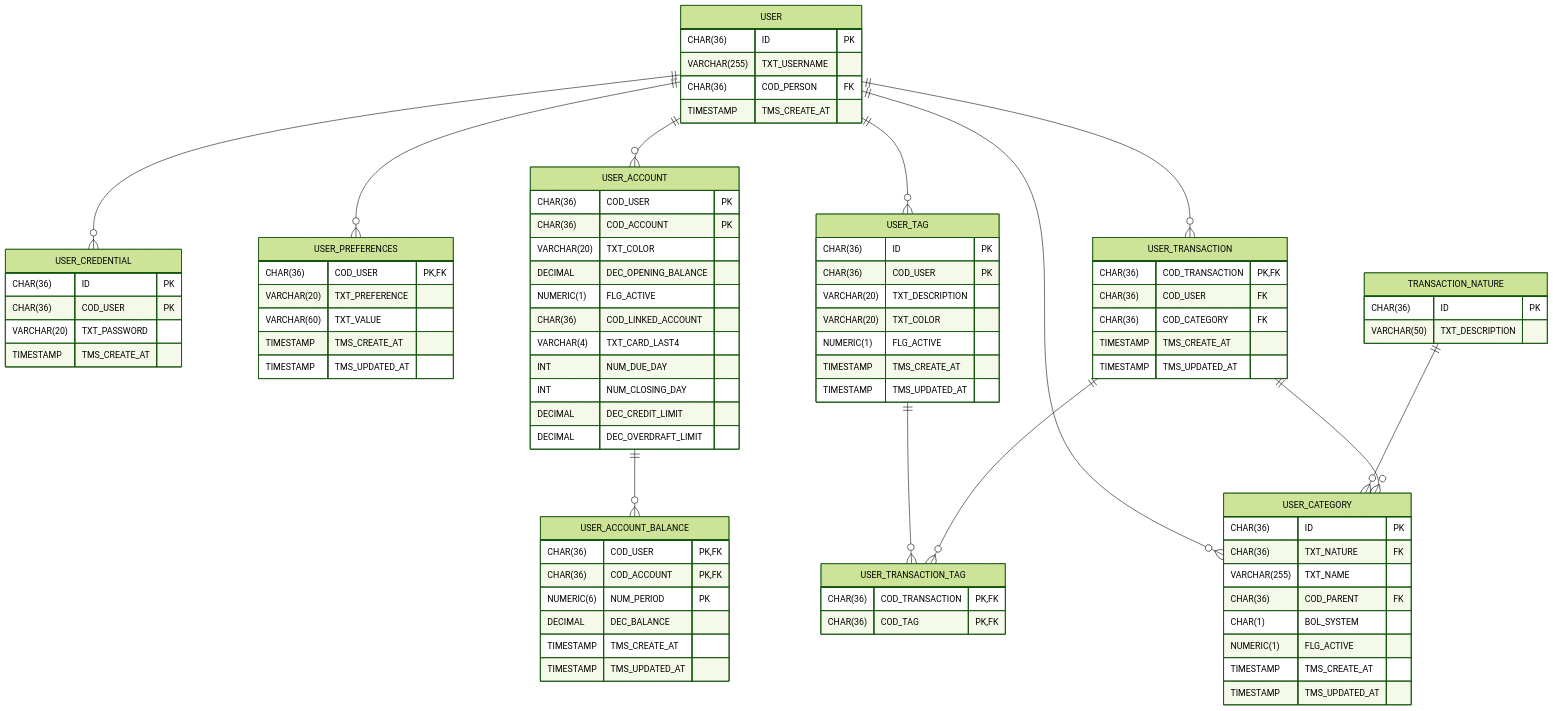
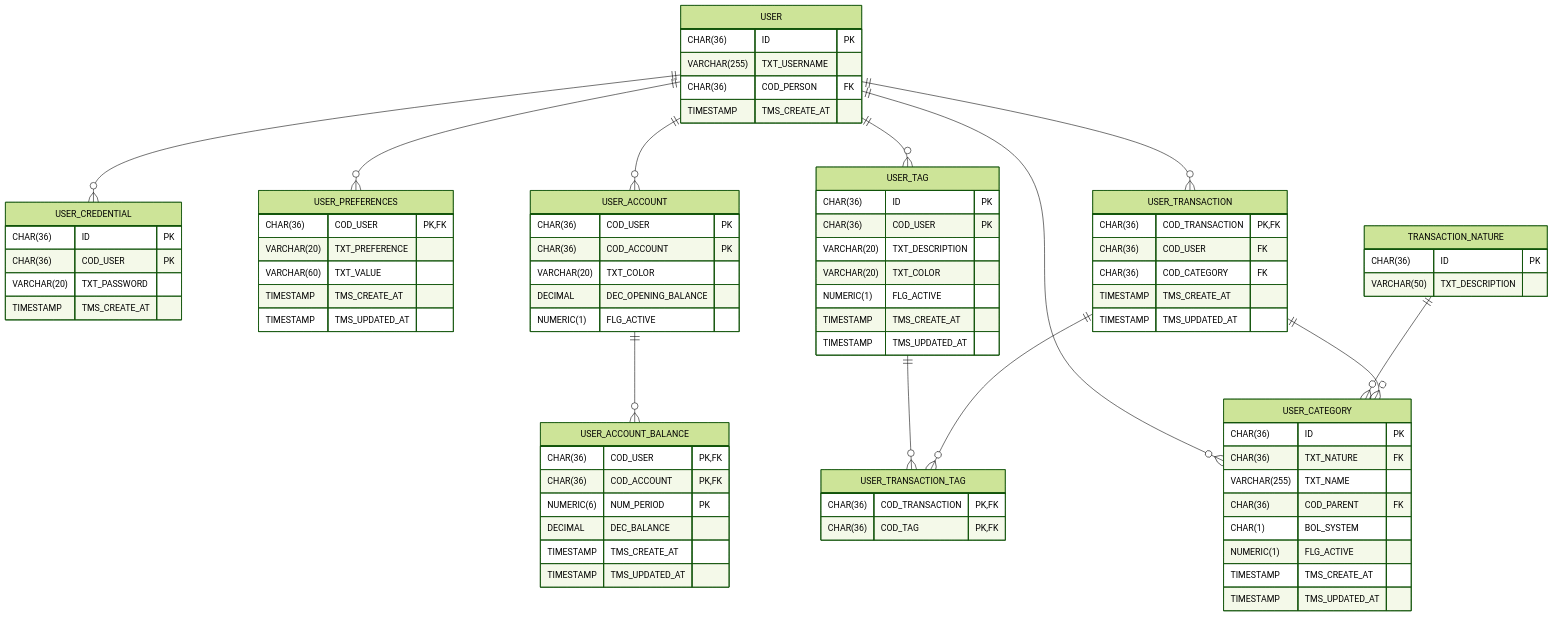
One commit to bkaraujo/cdb-judas changed the diagram in docs/db-features.mermaid. Above: the diagram before and after it, drawn with Mermaid (forest theme). The commit also changed 59 other files, not shown here.

First line of the commit message:
feat(monetary): promote credit card to a first-class context entity

```diff
--- a/docs/db-features.mermaid
+++ b/docs/db-features.mermaid
@@ -1,102 +1,96 @@
  erDiagram
 
     USER {
         CHAR(36) ID PK
         VARCHAR(255) TXT_USERNAME
         CHAR(36) COD_PERSON FK
         TIMESTAMP TMS_CREATE_AT
     }
 
 %% Last 5 user's password
     USER_CREDENTIAL {
         CHAR(36) ID PK
         CHAR(36) COD_USER PK
         VARCHAR(20) TXT_PASSWORD
         TIMESTAMP TMS_CREATE_AT
     }
 
     USER ||--o{ USER_CREDENTIAL : ""
 
 %% TXT_MODE (Dark, Light)
     USER_PREFERENCES {
         CHAR(36) COD_USER PK, FK
         VARCHAR(20) TXT_PREFERENCE
         VARCHAR(60) TXT_VALUE
         TIMESTAMP TMS_CREATE_AT
         TIMESTAMP TMS_UPDATED_AT
     }
     USER ||--o{ USER_PREFERENCES : ""
 
     USER_ACCOUNT {
         CHAR(36) COD_USER PK
         CHAR(36) COD_ACCOUNT PK
         VARCHAR(20) TXT_COLOR
         DECIMAL DEC_OPENING_BALANCE
         NUMERIC(1) FLG_ACTIVE
-        CHAR(36) COD_LINKED_ACCOUNT
-        VARCHAR(4) TXT_CARD_LAST4
-        INT NUM_DUE_DAY
-        INT NUM_CLOSING_DAY
-        DECIMAL DEC_CREDIT_LIMIT
-        DECIMAL DEC_OVERDRAFT_LIMIT
     }
 
     USER ||--o{ USER_ACCOUNT : ""
 
     USER_ACCOUNT_BALANCE {
         CHAR(36) COD_USER PK, FK
         CHAR(36) COD_ACCOUNT PK, FK
         NUMERIC(6) NUM_PERIOD PK
         DECIMAL DEC_BALANCE
         TIMESTAMP TMS_CREATE_AT
         TIMESTAMP TMS_UPDATED_AT
     }
 
     USER_ACCOUNT ||--o{ USER_ACCOUNT_BALANCE : ""
 
     USER_TAG {
         CHAR(36) ID PK
         CHAR(36) COD_USER PK
         VARCHAR(20) TXT_DESCRIPTION
         VARCHAR(20) TXT_COLOR
         NUMERIC(1) FLG_ACTIVE
         TIMESTAMP TMS_CREATE_AT
         TIMESTAMP TMS_UPDATED_AT
     }
     USER ||--o{ USER_TAG : ""
 
 %% EXPENSE, INCOME
     TRANSACTION_NATURE {
         CHAR(36) ID PK
         VARCHAR(50) TXT_DESCRIPTION
     }
 
     USER_CATEGORY {
         CHAR(36) ID PK
         CHAR(36) TXT_NATURE FK
         VARCHAR(255) TXT_NAME
         CHAR(36) COD_PARENT FK
         CHAR(1) BOL_SYSTEM
         NUMERIC(1) FLG_ACTIVE
         TIMESTAMP TMS_CREATE_AT
         TIMESTAMP TMS_UPDATED_AT
     }
     USER ||--o{ USER_CATEGORY : ""
     TRANSACTION_NATURE ||--o{ USER_CATEGORY : ""
 
     USER_TRANSACTION {
         CHAR(36) COD_TRANSACTION PK, FK
         CHAR(36) COD_USER FK
         CHAR(36) COD_CATEGORY FK
         TIMESTAMP TMS_CREATE_AT
         TIMESTAMP TMS_UPDATED_AT
     }
     USER ||--o{ USER_TRANSACTION : ""
     USER_TRANSACTION ||--o{ USER_CATEGORY : ""
 
     USER_TRANSACTION_TAG {
         CHAR(36) COD_TRANSACTION PK, FK
         CHAR(36) COD_TAG PK, FK
     }
     USER_TAG ||--o{ USER_TRANSACTION_TAG : ""
     USER_TRANSACTION ||--o{ USER_TRANSACTION_TAG : ""
```
